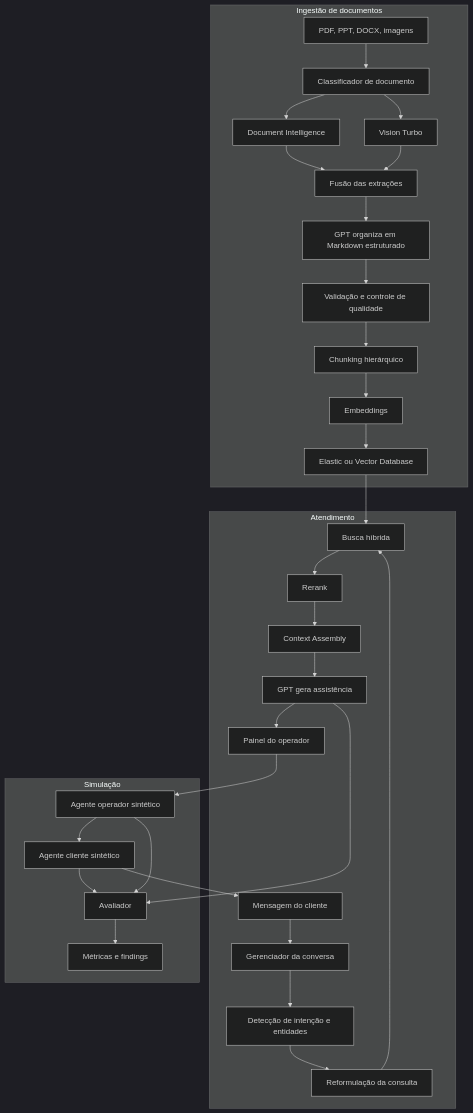
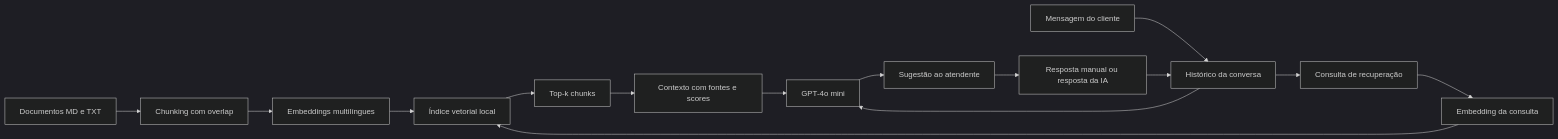
One commit to eduardo-data/copiloto_assistente changed the second of 2 diagrams in README.md. Above: the diagram before and after it, drawn with Mermaid (dark theme). The commit also changed other lines of this file, not shown here.

Commit message:
docs: atualiza README para copiloto interativo com RAG vetorial

````diff
--- a/README.md
+++ b/README.md
@@ -21,37 +43,18 @@
 ```mermaid
-flowchart TD
-    subgraph INGESTAO["Ingestão de documentos"]
-        A[PDF, PPT, DOCX, imagens] --> B[Classificador de documento]
-        B --> C[Document Intelligence]
-        B --> D[Vision Turbo]
-        C --> E[Fusão das extrações]
-        D --> E
-        E --> F[GPT organiza em Markdown estruturado]
-        F --> G[Validação e controle de qualidade]
-        G --> H[Chunking hierárquico]
-        H --> I[Embeddings]
-        I --> J[Elastic ou Vector Database]
-    end
+flowchart LR
+    A[Documentos MD e TXT] --> B[Chunking com overlap]
+    B --> C[Embeddings multilíngues]
+    C --> D[Índice vetorial local]
 
-    subgraph ATENDIMENTO["Atendimento"]
-        K[Mensagem do cliente] --> L[Gerenciador da conversa]
-        L --> M[Detecção de intenção e entidades]
-        M --> N[Reformulação da consulta]
-        N --> O[Busca híbrida]
-        J --> O
-        O --> P[Rerank]
-        P --> Q[Context Assembly]
-        Q --> R[GPT gera assistência]
-        R --> S[Painel do operador]
-    end
-
-    subgraph SIMULACAO["Simulação"]
-        T[Agente cliente sintético] --> K
-        S --> U[Agente operador sintético]
-        U --> T
-        T --> V[Avaliador]
-        U --> V
-        R --> V
-        V --> W[Métricas e findings]
-    end
+    E[Mensagem do cliente] --> F[Histórico da conversa]
+    F --> G[Consulta de recuperação]
+    G --> H[Embedding da consulta]
+    H --> D
+    D --> I[Top-k chunks]
+    I --> J[Contexto com fontes e scores]
+    F --> K[GPT-4o mini]
+    J --> K
+    K --> L[Sugestão ao atendente]
+    L --> M[Resposta manual ou resposta da IA]
+    M --> F
 ```
````
